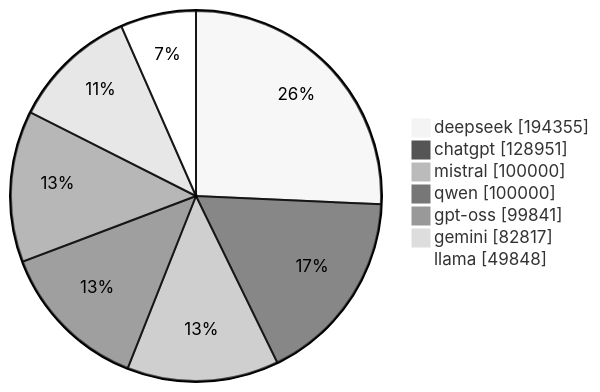
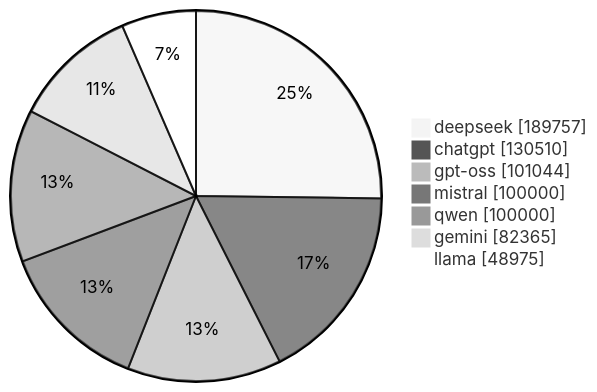
One commit to gqgs/llm100kbench changed the diagram in README.md. Above: the diagram before and after it, drawn with Mermaid (neutral theme). The commit also changed other lines of this file and 17 other files, not shown here.

````diff
--- a/README.md
+++ b/README.md
@@ -50,10 +50,10 @@
 ```mermaid
 pie showData
-    "deepseek" : 194355
-    "chatgpt" : 128951
+    "deepseek" : 189757
+    "chatgpt" : 130510
+    "gpt-oss" : 101044
     "mistral" : 100000
     "qwen" : 100000
-    "gpt-oss" : 99841
-    "gemini" : 82817
-    "llama" : 49848
+    "gemini" : 82365
+    "llama" : 48975
 ```
````
